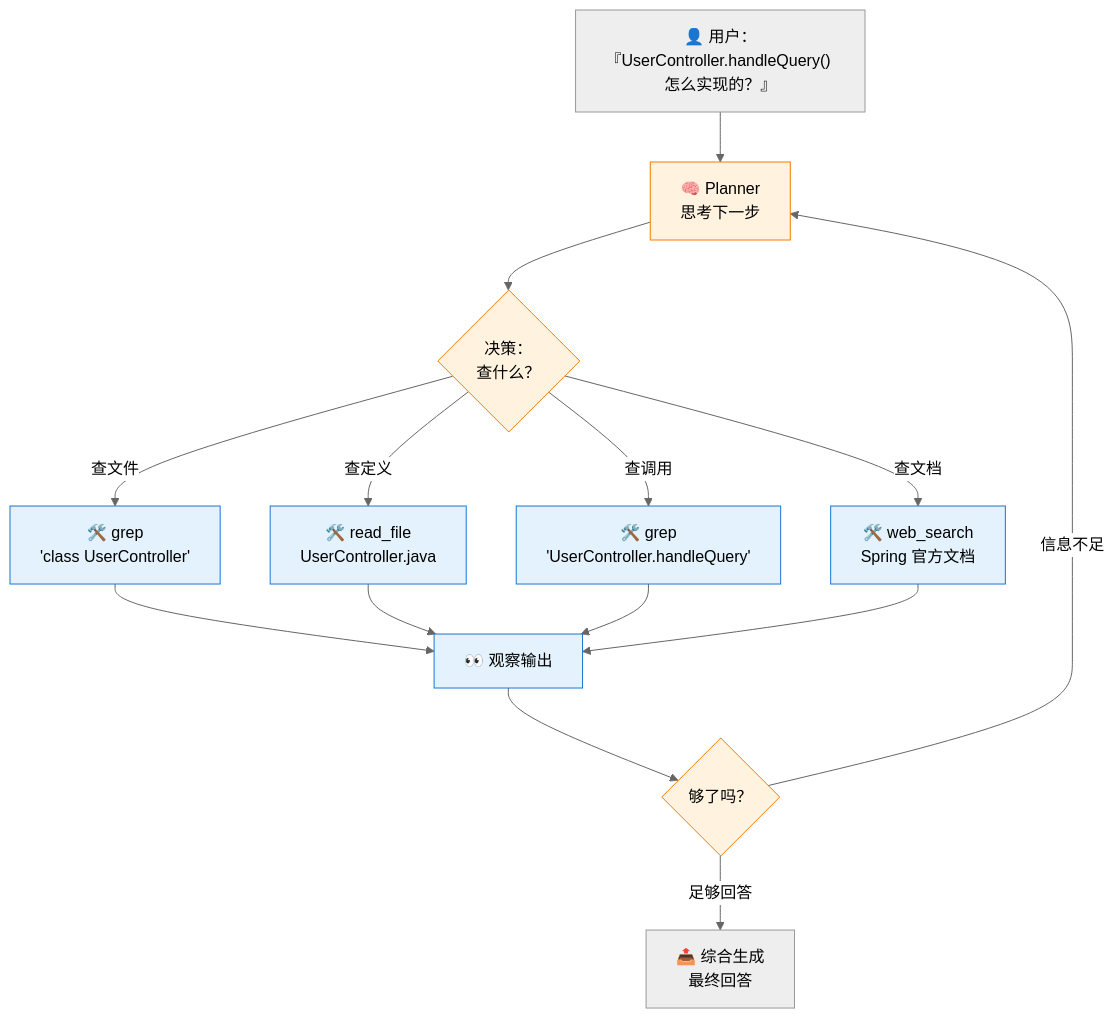
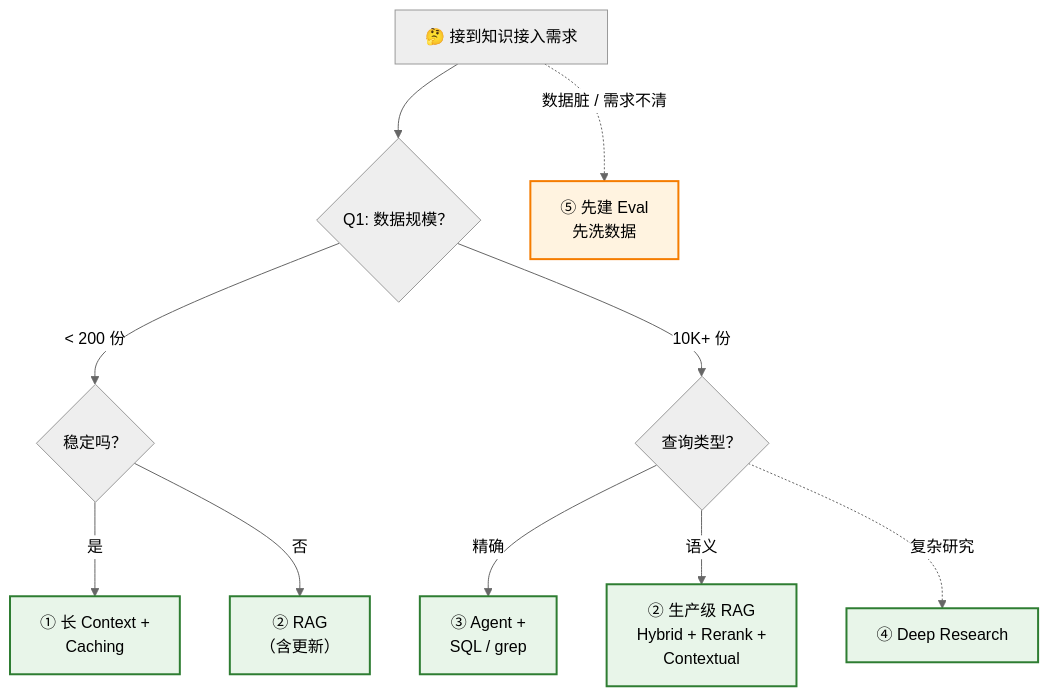
One commit to wb04307201/wb04307201 changed the first of 2 diagrams in note/11.ai/training/lession16/README4.md. Above: the diagram before and after it, drawn with Mermaid (neutral theme). The commit also changed other lines of this file and 8 other files, not shown here.

````diff
--- a/note/11.ai/training/lession16/README4.md
+++ b/note/11.ai/training/lession16/README4.md
@@ -76,27 +26,22 @@
 ```mermaid
-flowchart TB
-    Start["👤 用户：<br/>『UserController.handleQuery() 怎么实现的？』"]
+graph TB
+    Start["🤔 接到知识接入需求"]
+    Start --> Q1{"Q1: 数据规模？"}
+    Q1 -->|"< 200 份"| Q1A{"稳定吗？"}
+    Q1 -->|"10K+ 份"| Q1B{"查询类型？"}
 
-    Start --> Think["🧠 Planner<br/>思考下一步"]
+    Q1A -->|是| Path1["① 长 Context +<br/>Caching"]
+    Q1A -->|否| Path2["② RAG<br/>（含更新）"]
 
-    Think --> Decision{"决策：<br/>查什么？"}
+    Q1B -->|精确| Path3["③ Agent +<br/>SQL / grep"]
+    Q1B -->|语义| Path4["② 生产级 RAG<br/>Hybrid + Rerank +<br/>Contextual"]
 
-    Decision -->|查文件| Grep["🛠️ grep<br/>'class UserController'"]
-    Decision -->|查定义| Read["🛠️ read_file<br/>UserController.java"]
-    Decision -->|查调用| GrepCall["🛠️ grep<br/>'UserController.handleQuery'"]
-    Decision -->|查文档| Web["🛠️ web_search<br/>Spring 官方文档"]
+    Q1B -.->|"复杂研究"| Path5["④ Deep Research"]
 
-    Grep --> Observe["👀 观察输出"]
-    Read --> Observe
-    GrepCall --> Observe
-    Web --> Observe
+    Start -.->|"数据脏 / 需求不清"| Eval["⑤ 先建 Eval<br/>先洗数据"]
 
-    Observe --> Enough{"够了吗？"}
-    Enough -->|"信息不足"| Think
-    Enough -->|"足够回答"| Final["📤 综合生成<br/>最终回答"]
-
-    classDef think fill:#fff3e0,stroke:#f57c00
-    classDef action fill:#e3f2fd,stroke:#1976d2
-    class Think,Decision,Enough think
-    class Grep,Read,GrepCall,Web,Observe action
+    classDef primary fill:#e8f5e9,stroke:#2e7d32,stroke-width:2px
+    classDef eval fill:#fff3e0,stroke:#f57c00,stroke-width:2px
+    class Path1,Path2,Path3,Path4,Path5 primary
+    class Eval eval
 ```
````
